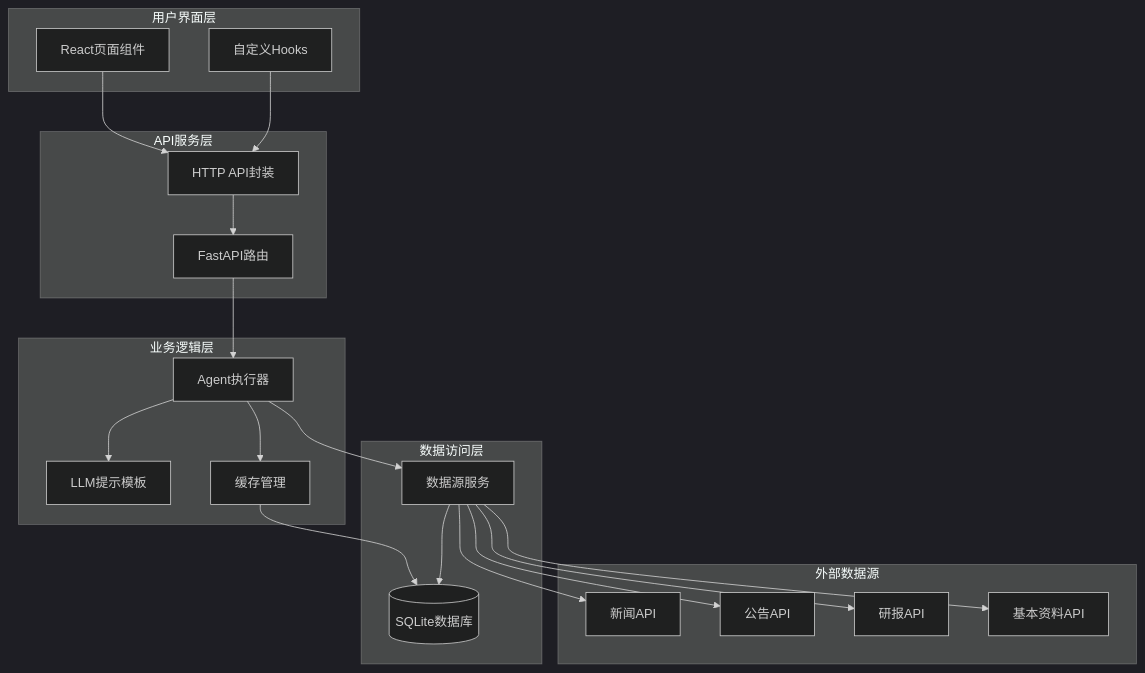
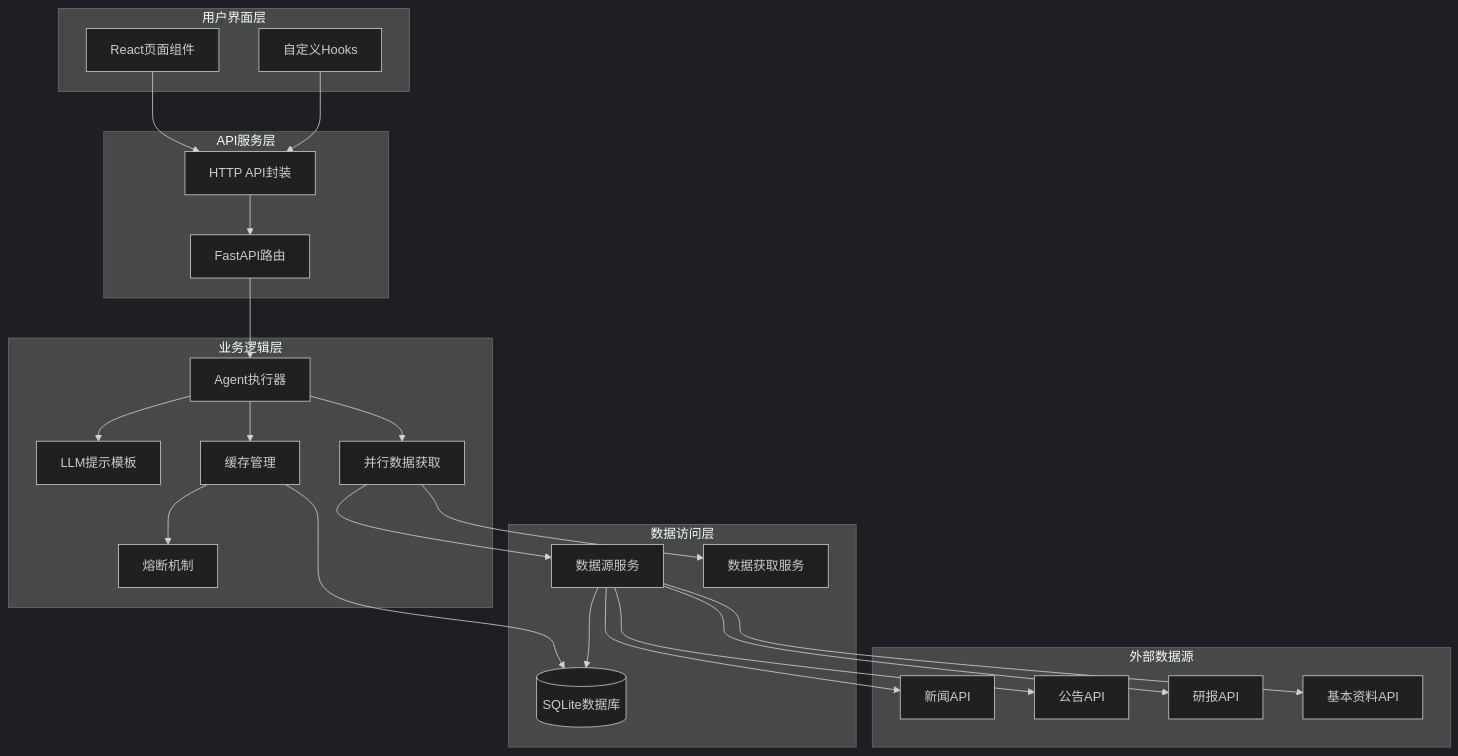
Before and after one commit to Moruime/stock_foker: the fourth of 11 diagrams in .qoder/repowiki/zh/content/前端组件/页面组件/情绪页面增强功能.md, drawn with Mermaid (dark theme). The commit also changed other lines of this file and 22 other files, not shown here.

````diff
--- a/.qoder/repowiki/zh/content/前端组件/页面组件/情绪页面增强功能.md
+++ b/.qoder/repowiki/zh/content/前端组件/页面组件/情绪页面增强功能.md
@@ -158,39 +175,45 @@
 ```mermaid
 graph TB
 subgraph "用户界面层"
 UI[React页面组件]
 Hooks[自定义Hooks]
 end
 subgraph "API服务层"
 API[HTTP API封装]
 Router[FastAPI路由]
 end
 subgraph "业务逻辑层"
 Agent[Agent执行器]
 Prompt[LLM提示模板]
 Cache[缓存管理]
+Parallel[并行数据获取]
+Circuit[熔断机制]
 end
 subgraph "数据访问层"
 DS[数据源服务]
+DF[数据获取服务]
 DB[(SQLite数据库)]
 end
 subgraph "外部数据源"
 News[新闻API]
 Ann[公告API]
 Reports[研报API]
 Basic[基本资料API]
 end
 UI --> API
 Hooks --> API
 API --> Router
 Router --> Agent
 Agent --> Prompt
 Agent --> Cache
-Agent --> DS
+Agent --> Parallel
+Parallel --> DS
+Parallel --> DF
+Cache --> Circuit
 Cache --> DB
 DS --> News
 DS --> Ann
 DS --> Reports
 DS --> Basic
 DS --> DB
 ```
````
